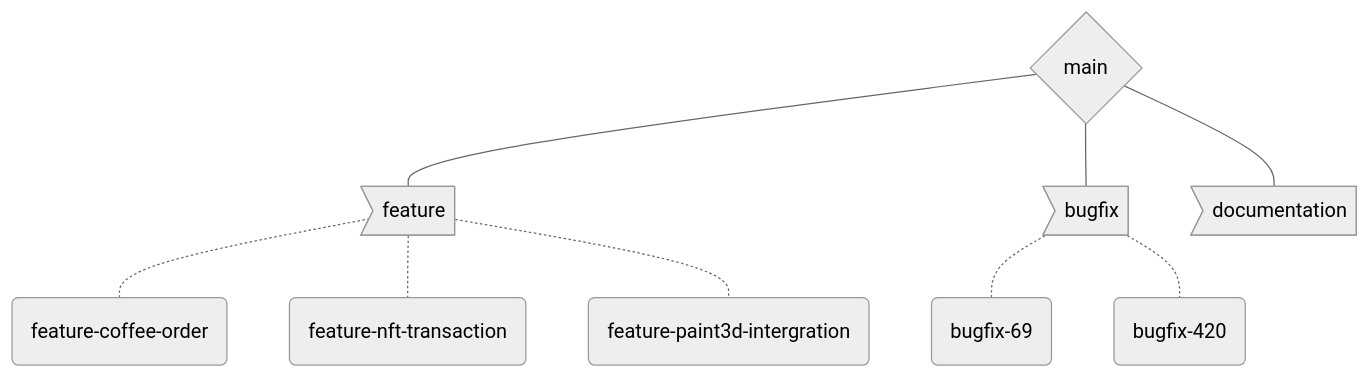
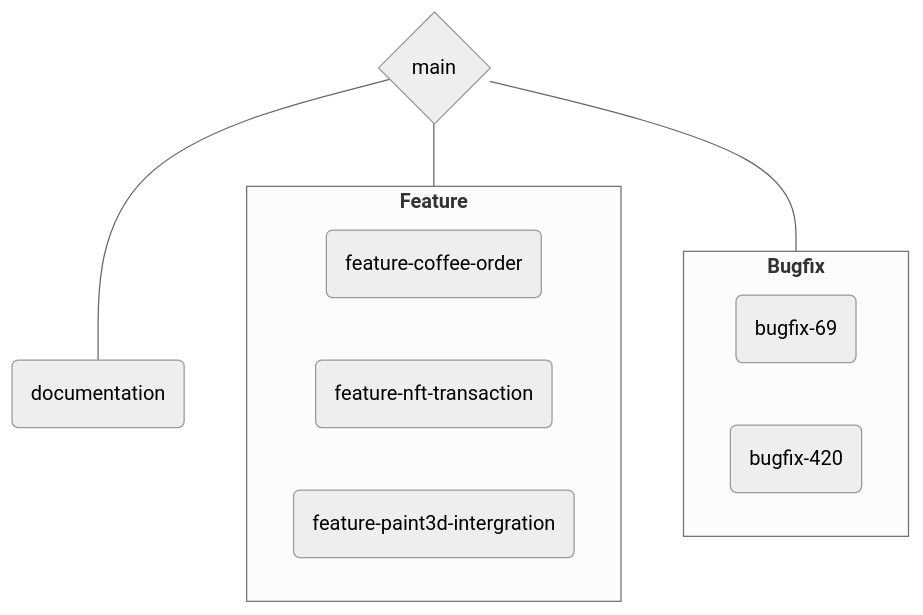
The first of 3 diagrams in docs/Guidelines.md (SwEnt-Fall-2024-Group-22/Cyrcle), drawn with Mermaid before and after one commit. The commit also changed other lines of this file and 3 other files, not shown here.

````diff
--- a/docs/Guidelines.md
+++ b/docs/Guidelines.md
@@ -51,16 +53,25 @@
 ```mermaid
 ---
 config:
     theme: neutral
     fontFamily: helvetica
 ---
 flowchart TB
-    main{main} --- feature>feature]
-    main --- bugfix>bugfix]
-    main --- documentation>documentation]
-    feature -.- a(feature-coffee-order)
-    feature -.- b(feature-nft-transaction)
-    feature -.- c(feature-paint3d-intergration)
-    bugfix -.- d(bugfix-69)
-    bugfix -.- e(bugfix-420)
+    main{main}
+    main --- feature
+    main --- bugfix
+    
+    subgraph feature ["`**Feature**`"]
+      a(feature-coffee-order)
+      b(feature-nft-transaction)
+      c(feature-paint3d-intergration)
+    end
+    
+    main --- documentation(documentation)
+    
+    subgraph bugfix ["`**Bugfix**`"]
+      d(bugfix-69)
+      e(bugfix-420)    
+    end
+    
 ```
````
